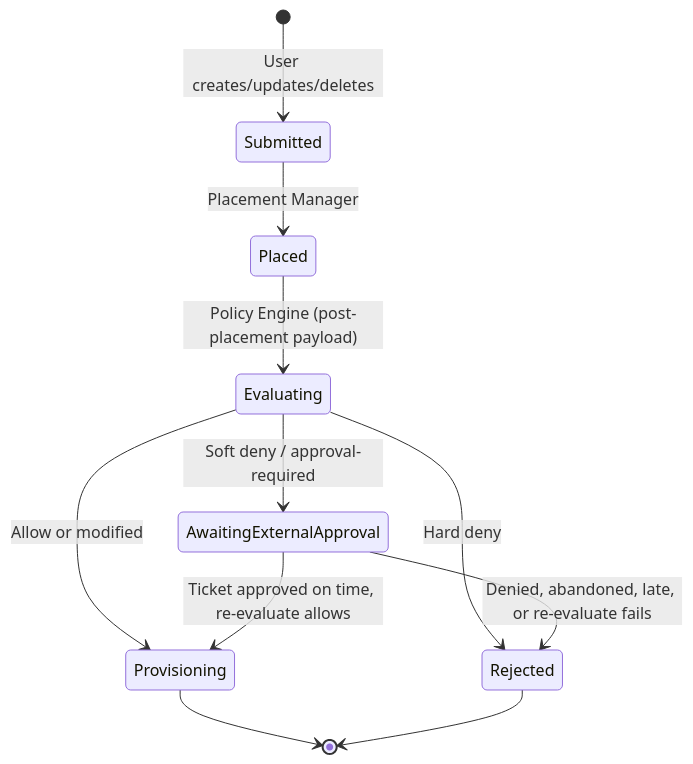
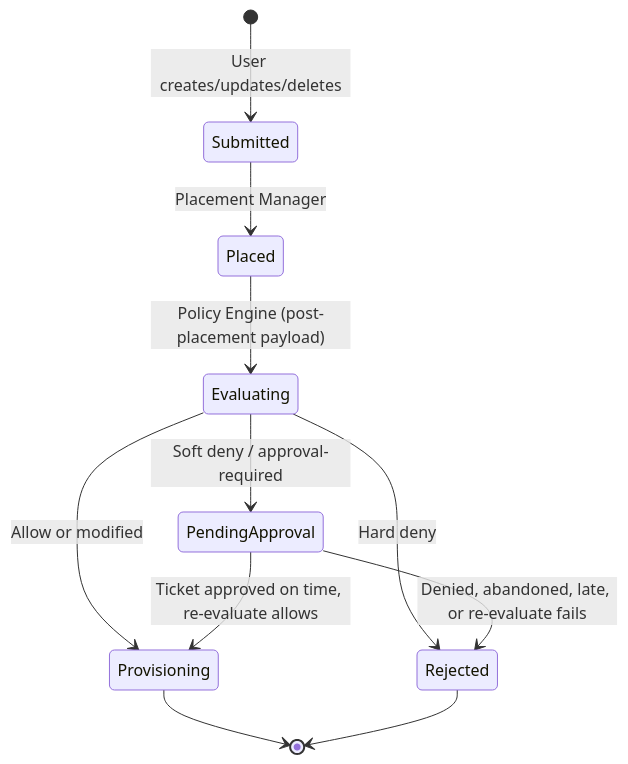
The second of 3 diagrams in enhancements/request-approval/request-approval.md (dcm-project/enhancements), drawn with Mermaid before and after one commit. The commit also changed other lines of this file and 1 other file, not shown here.

Commit message:
Name the wait status PendingApproval; PM sets it.

````diff
--- a/enhancements/request-approval/request-approval.md
+++ b/enhancements/request-approval/request-approval.md
@@ -435,13 +438,13 @@
 ```mermaid
 stateDiagram-v2
     [*] --> Submitted: User creates/updates/deletes
     Submitted --> Placed: Placement Manager
     Placed --> Evaluating: Policy Engine (post-placement payload)
     Evaluating --> Provisioning: Allow or modified
     Evaluating --> Rejected: Hard deny
-    Evaluating --> AwaitingExternalApproval: Soft deny / approval-required
-    AwaitingExternalApproval --> Provisioning: Ticket approved on time, re-evaluate allows
-    AwaitingExternalApproval --> Rejected: Denied, abandoned, late, or re-evaluate fails
+    Evaluating --> PendingApproval: Soft deny / approval-required
+    PendingApproval --> Provisioning: Ticket approved on time, re-evaluate allows
+    PendingApproval --> Rejected: Denied, abandoned, late, or re-evaluate fails
     Provisioning --> [*]
     Rejected --> [*]
 ```
````
